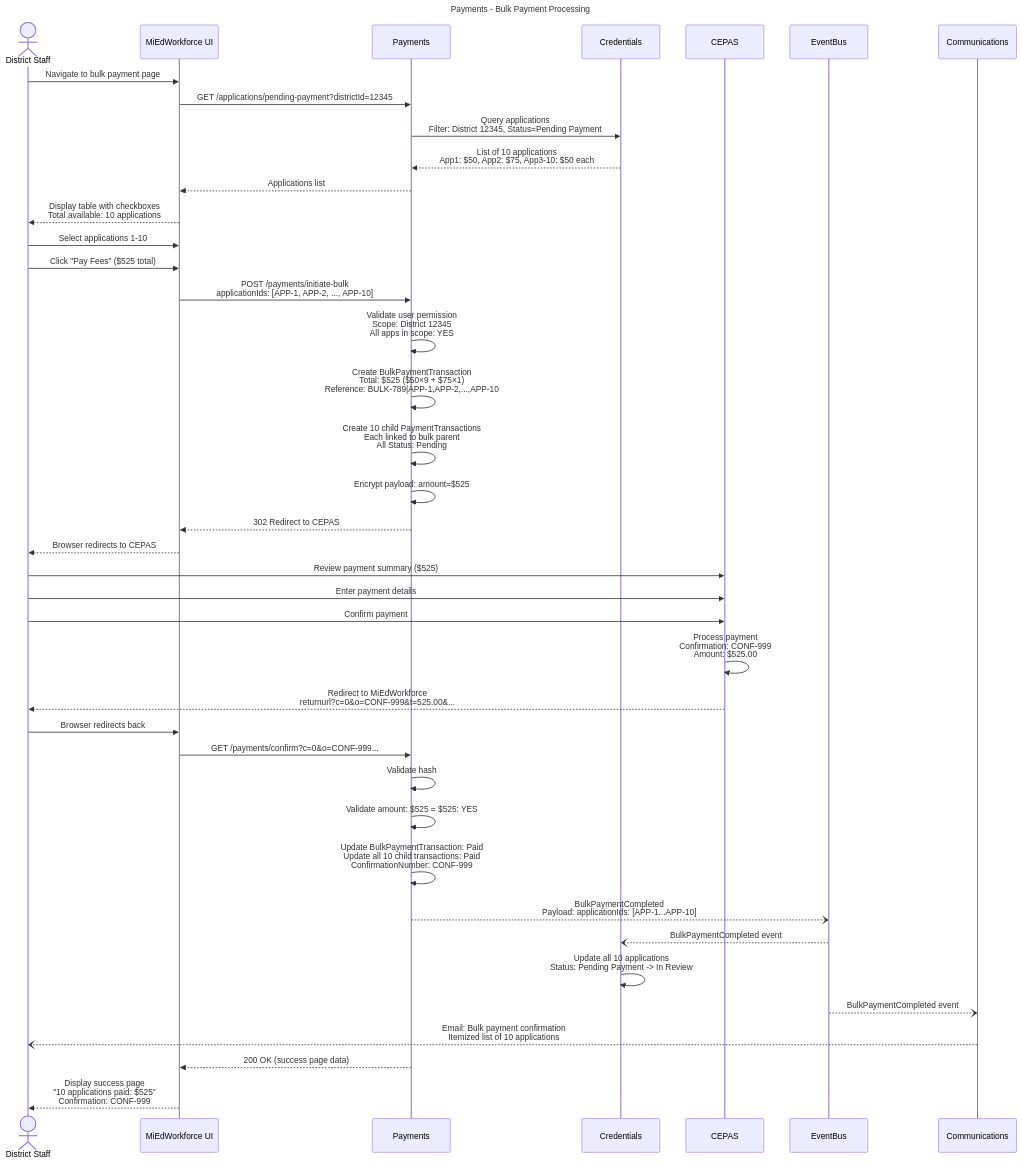
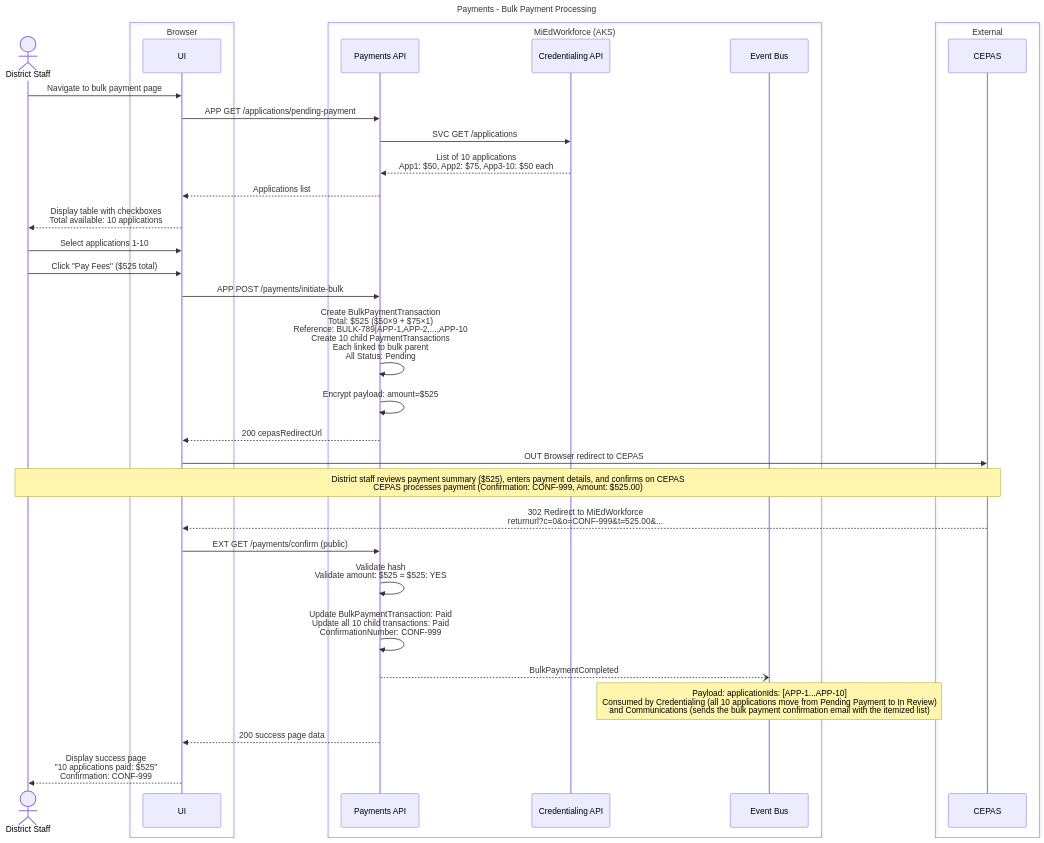
One commit to mnichols-dl/mied-design changed the fourth of 11 diagrams in working-docs/solution-areas/payments/payments-sequences.md. Above: the diagram before and after it, drawn with Mermaid. The commit also changed other lines of this file and 34 other files, not shown here.

Commit message:
Update sequences and perform RTM assessment

````diff
--- a/working-docs/solution-areas/payments/payments-sequences.md
+++ b/working-docs/solution-areas/payments/payments-sequences.md
@@ -241,64 +215,53 @@
 ```mermaid
 ---
 title: Payments - Bulk Payment Processing
 ---
 sequenceDiagram
     actor DistrictStaff as District Staff
-    participant UI as MiEdWorkforce UI
-    participant Payments
-    participant Credentials
-    participant CEPAS
-    participant EventBus
-    participant Comms as Communications
-    
+    box Browser
+        participant UI
+    end
+    box MiEdWorkforce (AKS)
+        participant PayApi as Payments API
+        participant CredApi as Credentialing API
+        participant EventBus as Event Bus
+    end
+    box External
+        participant CEPAS
+    end
+
     DistrictStaff->>UI: Navigate to bulk payment page
-    UI->>Payments: GET /applications/pending-payment?districtId=12345
-    
-    Payments->>Credentials: Query applications<br/>Filter: District 12345, Status=Pending Payment
-    Credentials-->>Payments: List of 10 applications<br/>App1: $50, App2: $75, App3-10: $50 each
-    
-    Payments-->>UI: Applications list
+    UI->>PayApi: APP GET /applications/pending-payment
+
+    PayApi->>CredApi: SVC GET /applications
+    CredApi-->>PayApi: List of 10 applications<br/>App1: $50, App2: $75, App3-10: $50 each
+
+    PayApi-->>UI: Applications list
     UI-->>DistrictStaff: Display table with checkboxes<br/>Total available: 10 applications
-    
+
     DistrictStaff->>UI: Select applications 1-10
     DistrictStaff->>UI: Click "Pay Fees" ($525 total)
-    
-    UI->>Payments: POST /payments/initiate-bulk<br/>applicationIds: [APP-1, APP-2, ..., APP-10]
-    
-    Payments->>Payments: Validate user permission<br/>Scope: District 12345<br/>All apps in scope: YES
-    
-    Payments->>Payments: Create BulkPaymentTransaction<br/>Total: $525 ($50×9 + $75×1)<br/>Reference: BULK-789|APP-1,APP-2,...,APP-10
-    
-    Payments->>Payments: Create 10 child PaymentTransactions<br/>Each linked to bulk parent<br/>All Status: Pending
-    
-    Payments->>Payments: Encrypt payload: amount=$525
-    Payments-->>UI: 302 Redirect to CEPAS
-    UI-->>DistrictStaff: Browser redirects to CEPAS
-    
-    DistrictStaff->>CEPAS: Review payment summary ($525)
-    DistrictStaff->>CEPAS: Enter payment details
-    DistrictStaff->>CEPAS: Confirm payment
-    
-    CEPAS->>CEPAS: Process payment<br/>Confirmation: CONF-999<br/>Amount: $525.00
-    
-    CEPAS-->>DistrictStaff: Redirect to MiEdWorkforce<br/>returnurl?c=0&o=CONF-999&t=525.00&...
-    
-    DistrictStaff->>UI: Browser redirects back
-    UI->>Payments: GET /payments/confirm?c=0&o=CONF-999...
-    
-    Payments->>Payments: Validate hash
-    Payments->>Payments: Validate amount: $525 = $525: YES
-    
-    Payments->>Payments: Update BulkPaymentTransaction: Paid<br/>Update all 10 child transactions: Paid<br/>ConfirmationNumber: CONF-999
-    
-    Payments--)EventBus: BulkPaymentCompleted<br/>Payload: applicationIds: [APP-1...APP-10]
-    
-    EventBus--)Credentials: BulkPaymentCompleted event
-    Credentials->>Credentials: Update all 10 applications<br/>Status: Pending Payment -> In Review
-    
-    EventBus--)Comms: BulkPaymentCompleted event
-    Comms--)DistrictStaff: Email: Bulk payment confirmation<br/>Itemized list of 10 applications
-    
-    Payments-->>UI: 200 OK (success page data)
+
+    UI->>PayApi: APP POST /payments/initiate-bulk
+
+    PayApi->>PayApi: Create BulkPaymentTransaction<br/>Total: $525 ($50×9 + $75×1)<br/>Reference: BULK-789|APP-1,APP-2,...,APP-10<br/>Create 10 child PaymentTransactions<br/>Each linked to bulk parent<br/>All Status: Pending
+
+    PayApi->>PayApi: Encrypt payload: amount=$525
+    PayApi-->>UI: 200 cepasRedirectUrl
+    UI->>CEPAS: OUT Browser redirect to CEPAS
+
+    Note over DistrictStaff,CEPAS: District staff reviews payment summary ($525), enters payment details, and confirms on CEPAS<br/>CEPAS processes payment (Confirmation: CONF-999, Amount: $525.00)
+
+    CEPAS-->>UI: 302 Redirect to MiEdWorkforce<br/>returnurl?c=0&o=CONF-999&t=525.00&...
+
+    UI->>PayApi: EXT GET /payments/confirm (public)
+
+    PayApi->>PayApi: Validate hash<br/>Validate amount: $525 = $525: YES
+    PayApi->>PayApi: Update BulkPaymentTransaction: Paid<br/>Update all 10 child transactions: Paid<br/>ConfirmationNumber: CONF-999
+
+    PayApi--)EventBus: BulkPaymentCompleted
+    Note over EventBus: Payload: applicationIds: [APP-1...APP-10]<br/>Consumed by Credentialing (all 10 applications move from Pending Payment to In Review)<br/>and Communications (sends the bulk payment confirmation email with the itemized list)
+
+    PayApi-->>UI: 200 success page data
     UI-->>DistrictStaff: Display success page<br/>"10 applications paid: $525"<br/>Confirmation: CONF-999
 ```
````
